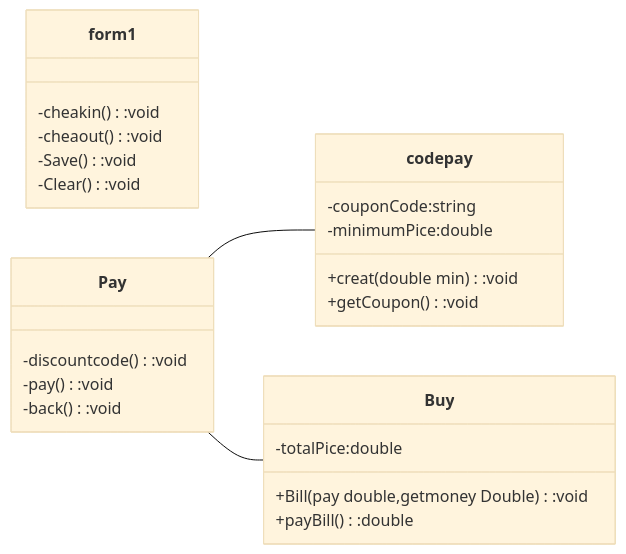
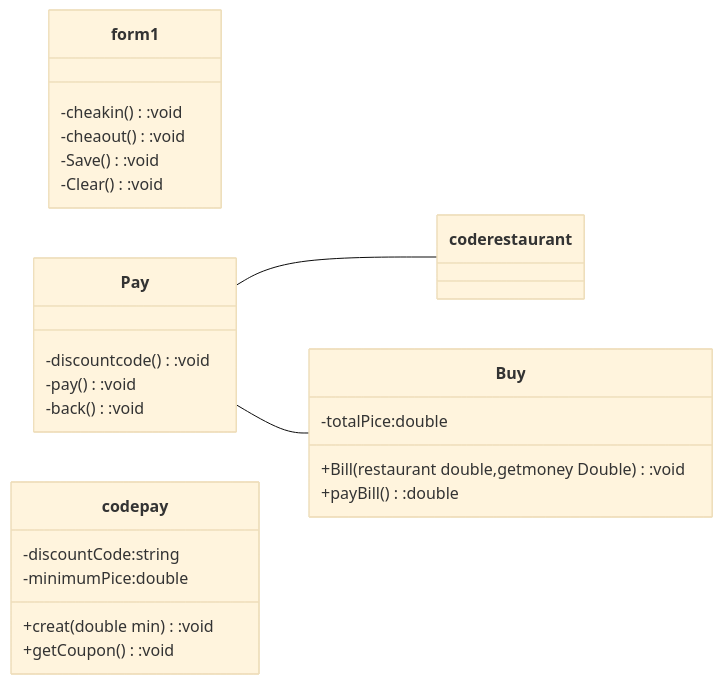
The diagram in README.md (Nuntawat22/Final-OOP-Project), drawn with Mermaid (base theme) before and after one commit.

````diff
--- a/README.md
+++ b/README.md
@@ -13,29 +13,29 @@
  ```mermaid
 classDiagram
   direction LR
   class form1{
   -cheakin():void
   -cheaout():void
   -Save():void
   -Clear():void
 }
   class Pay{
   -discountcode():void
   -pay():void
   -back():void
   }
   class codepay{
-  -couponCode:string
+  -discountCode:string
   -minimumPice:double
   +creat(double min):void
   +getCoupon():void
   }
   class Buy{
   -totalPice:double
-  +Bill(pay double,getmoney Double):void
+  +Bill(restaurant double,getmoney Double):void
   +payBill():double
    }
-   Pay -- codepay
+   Pay -- coderestaurant
    Pay -- Buy
    
   ```
````
